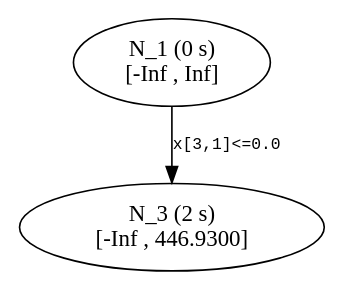
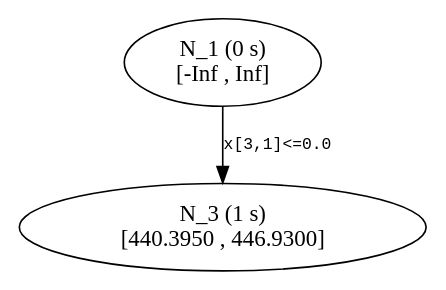
One commit to atoptima/Coluna.jl changed the diagram in dev/start/tree2.dot. Above: the diagram before and after it, drawn with Graphviz. The commit also changed 17 other files, not shown here.

```diff
--- a/dev/start/tree2.dot
+++ b/dev/start/tree2.dot
@@ -1,8 +1,8 @@
 ## dot -Tpdf thisfile > thisfile.pdf 
 
 digraph Branching_Tree {
 	edge[fontname = "Courier", fontsize = 10];
 	n1 [label= "N_1 (0 s) \n[-Inf , Inf]"];
-	n3 [label= "N_3 (2 s) \n[-Inf , 446.9300]"];
+	n3 [label= "N_3 (1 s) \n[440.3950 , 446.9300]"];
 	n1 -> n3 [label= "x[3,1]<=0.0"];
 }
```
